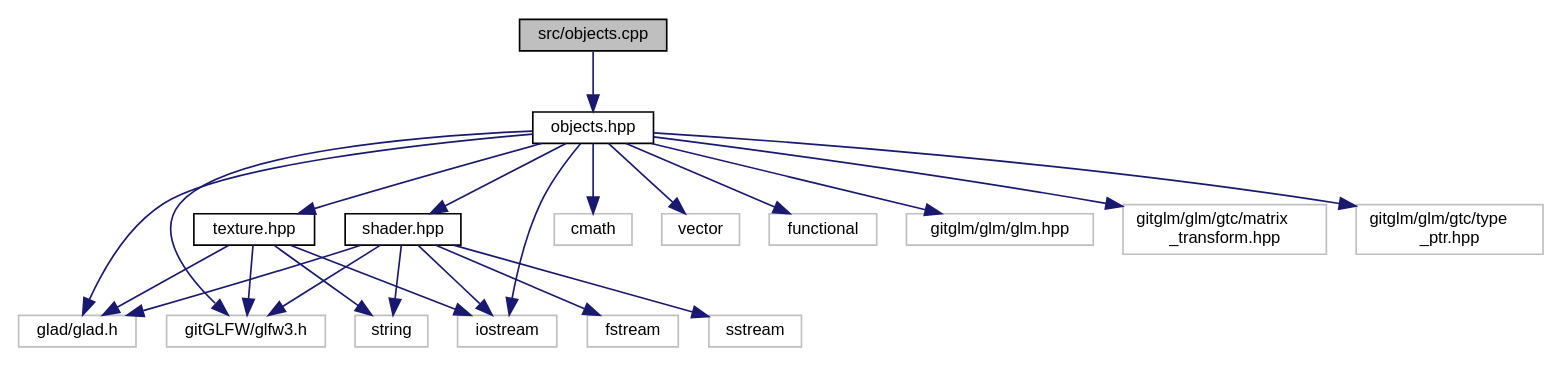
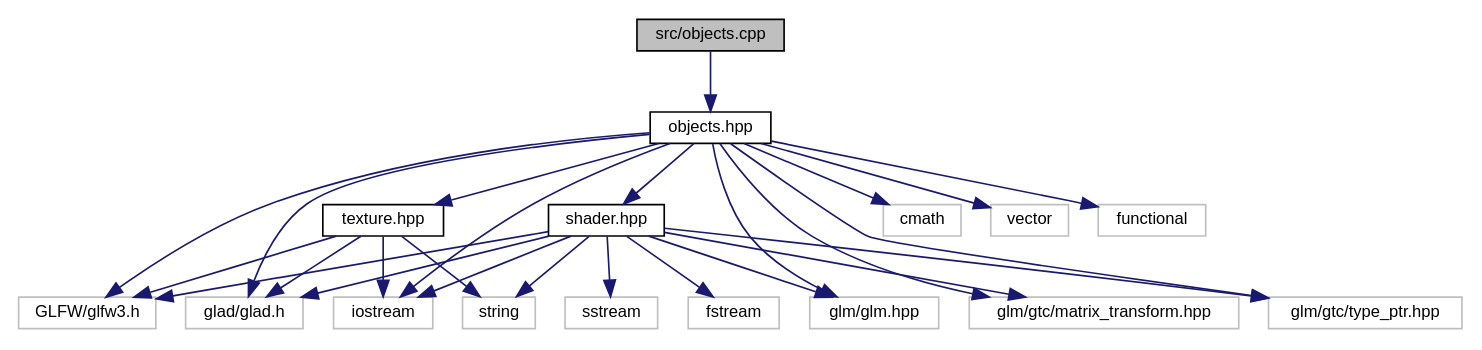
The diagram in objects_8cpp__incl.dot (noah1510/redhand), drawn with Graphviz before and after one commit. The commit also changed 96 other files, not shown here.

```diff
--- a/objects_8cpp__incl.dot
+++ b/objects_8cpp__incl.dot
@@ -1,43 +1,46 @@
 digraph "src/objects.cpp"
 {
   edge [fontname="Helvetica",fontsize="10",labelfontname="Helvetica",labelfontsize="10"];
   node [fontname="Helvetica",fontsize="10",shape=record];
   Node0 [label="src/objects.cpp",height=0.2,width=0.4,color="black", fillcolor="grey75", style="filled", fontcolor="black"];
   Node0 -> Node1 [color="midnightblue",fontsize="10",style="solid",fontname="Helvetica"];
   Node1 [label="objects.hpp",height=0.2,width=0.4,color="black", fillcolor="white", style="filled",URL="$objects_8hpp.html"];
   Node1 -> Node2 [color="midnightblue",fontsize="10",style="solid",fontname="Helvetica"];
   Node2 [label="shader.hpp",height=0.2,width=0.4,color="black", fillcolor="white", style="filled",URL="$shader_8hpp.html"];
   Node2 -> Node3 [color="midnightblue",fontsize="10",style="solid",fontname="Helvetica"];
   Node3 [label="glad/glad.h",height=0.2,width=0.4,color="grey75", fillcolor="white", style="filled"];
   Node2 -> Node4 [color="midnightblue",fontsize="10",style="solid",fontname="Helvetica"];
-  Node4 [label="gitGLFW/glfw3.h",height=0.2,width=0.4,color="grey75", fillcolor="white", style="filled"];
+  Node4 [label="GLFW/glfw3.h",height=0.2,width=0.4,color="grey75", fillcolor="white", style="filled"];
   Node2 -> Node5 [color="midnightblue",fontsize="10",style="solid",fontname="Helvetica"];
-  Node5 [label="string",height=0.2,width=0.4,color="grey75", fillcolor="white", style="filled"];
+  Node5 [label="glm/glm.hpp",height=0.2,width=0.4,color="grey75", fillcolor="white", style="filled"];
   Node2 -> Node6 [color="midnightblue",fontsize="10",style="solid",fontname="Helvetica"];
-  Node6 [label="fstream",height=0.2,width=0.4,color="grey75", fillcolor="white", style="filled"];
+  Node6 [label="glm/gtc/matrix_transform.hpp",height=0.2,width=0.4,color="grey75", fillcolor="white", style="filled"];
   Node2 -> Node7 [color="midnightblue",fontsize="10",style="solid",fontname="Helvetica"];
-  Node7 [label="sstream",height=0.2,width=0.4,color="grey75", fillcolor="white", style="filled"];
+  Node7 [label="glm/gtc/type_ptr.hpp",height=0.2,width=0.4,color="grey75", fillcolor="white", style="filled"];
   Node2 -> Node8 [color="midnightblue",fontsize="10",style="solid",fontname="Helvetica"];
-  Node8 [label="iostream",height=0.2,width=0.4,color="grey75", fillcolor="white", style="filled"];
-  Node1 -> Node9 [color="midnightblue",fontsize="10",style="solid",fontname="Helvetica"];
-  Node9 [label="texture.hpp",height=0.2,width=0.4,color="black", fillcolor="white", style="filled",URL="$texture_8hpp.html"];
-  Node9 -> Node5 [color="midnightblue",fontsize="10",style="solid",fontname="Helvetica"];
-  Node9 -> Node3 [color="midnightblue",fontsize="10",style="solid",fontname="Helvetica"];
-  Node9 -> Node4 [color="midnightblue",fontsize="10",style="solid",fontname="Helvetica"];
-  Node9 -> Node8 [color="midnightblue",fontsize="10",style="solid",fontname="Helvetica"];
-  Node1 -> Node10 [color="midnightblue",fontsize="10",style="solid",fontname="Helvetica"];
-  Node10 [label="cmath",height=0.2,width=0.4,color="grey75", fillcolor="white", style="filled"];
-  Node1 -> Node8 [color="midnightblue",fontsize="10",style="solid",fontname="Helvetica"];
+  Node8 [label="string",height=0.2,width=0.4,color="grey75", fillcolor="white", style="filled"];
+  Node2 -> Node9 [color="midnightblue",fontsize="10",style="solid",fontname="Helvetica"];
+  Node9 [label="fstream",height=0.2,width=0.4,color="grey75", fillcolor="white", style="filled"];
+  Node2 -> Node10 [color="midnightblue",fontsize="10",style="solid",fontname="Helvetica"];
+  Node10 [label="sstream",height=0.2,width=0.4,color="grey75", fillcolor="white", style="filled"];
+  Node2 -> Node11 [color="midnightblue",fontsize="10",style="solid",fontname="Helvetica"];
+  Node11 [label="iostream",height=0.2,width=0.4,color="grey75", fillcolor="white", style="filled"];
+  Node1 -> Node12 [color="midnightblue",fontsize="10",style="solid",fontname="Helvetica"];
+  Node12 [label="texture.hpp",height=0.2,width=0.4,color="black", fillcolor="white", style="filled",URL="$texture_8hpp.html"];
+  Node12 -> Node8 [color="midnightblue",fontsize="10",style="solid",fontname="Helvetica"];
+  Node12 -> Node3 [color="midnightblue",fontsize="10",style="solid",fontname="Helvetica"];
+  Node12 -> Node4 [color="midnightblue",fontsize="10",style="solid",fontname="Helvetica"];
+  Node12 -> Node11 [color="midnightblue",fontsize="10",style="solid",fontname="Helvetica"];
+  Node1 -> Node13 [color="midnightblue",fontsize="10",style="solid",fontname="Helvetica"];
+  Node13 [label="cmath",height=0.2,width=0.4,color="grey75", fillcolor="white", style="filled"];
   Node1 -> Node11 [color="midnightblue",fontsize="10",style="solid",fontname="Helvetica"];
-  Node11 [label="vector",height=0.2,width=0.4,color="grey75", fillcolor="white", style="filled"];
-  Node1 -> Node12 [color="midnightblue",fontsize="10",style="solid",fontname="Helvetica"];
-  Node12 [label="functional",height=0.2,width=0.4,color="grey75", fillcolor="white", style="filled"];
-  Node1 -> Node13 [color="midnightblue",fontsize="10",style="solid",fontname="Helvetica"];
-  Node13 [label="gitglm/glm/glm.hpp",height=0.2,width=0.4,color="grey75", fillcolor="white", style="filled"];
   Node1 -> Node14 [color="midnightblue",fontsize="10",style="solid",fontname="Helvetica"];
-  Node14 [label="gitglm/glm/gtc/matrix\l_transform.hpp",height=0.2,width=0.4,color="grey75", fillcolor="white", style="filled"];
+  Node14 [label="vector",height=0.2,width=0.4,color="grey75", fillcolor="white", style="filled"];
   Node1 -> Node15 [color="midnightblue",fontsize="10",style="solid",fontname="Helvetica"];
-  Node15 [label="gitglm/glm/gtc/type\l_ptr.hpp",height=0.2,width=0.4,color="grey75", fillcolor="white", style="filled"];
+  Node15 [label="functional",height=0.2,width=0.4,color="grey75", fillcolor="white", style="filled"];
+  Node1 -> Node5 [color="midnightblue",fontsize="10",style="solid",fontname="Helvetica"];
+  Node1 -> Node6 [color="midnightblue",fontsize="10",style="solid",fontname="Helvetica"];
+  Node1 -> Node7 [color="midnightblue",fontsize="10",style="solid",fontname="Helvetica"];
   Node1 -> Node3 [color="midnightblue",fontsize="10",style="solid",fontname="Helvetica"];
   Node1 -> Node4 [color="midnightblue",fontsize="10",style="solid",fontname="Helvetica"];
 }
```
